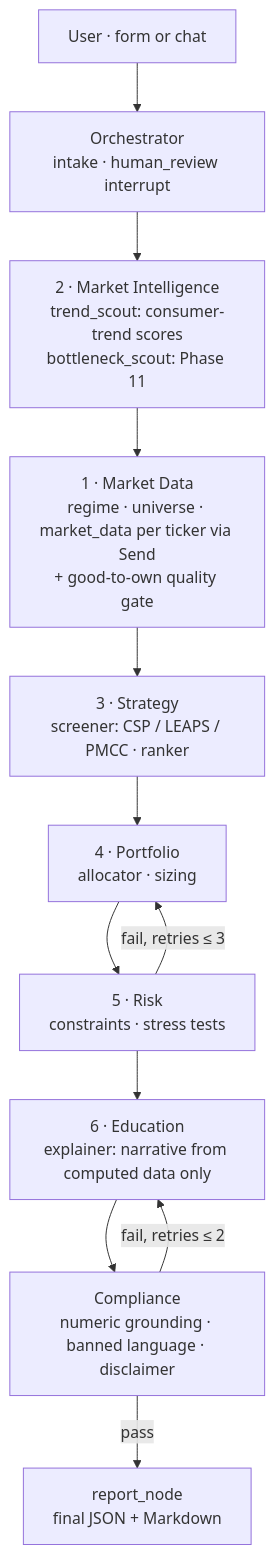
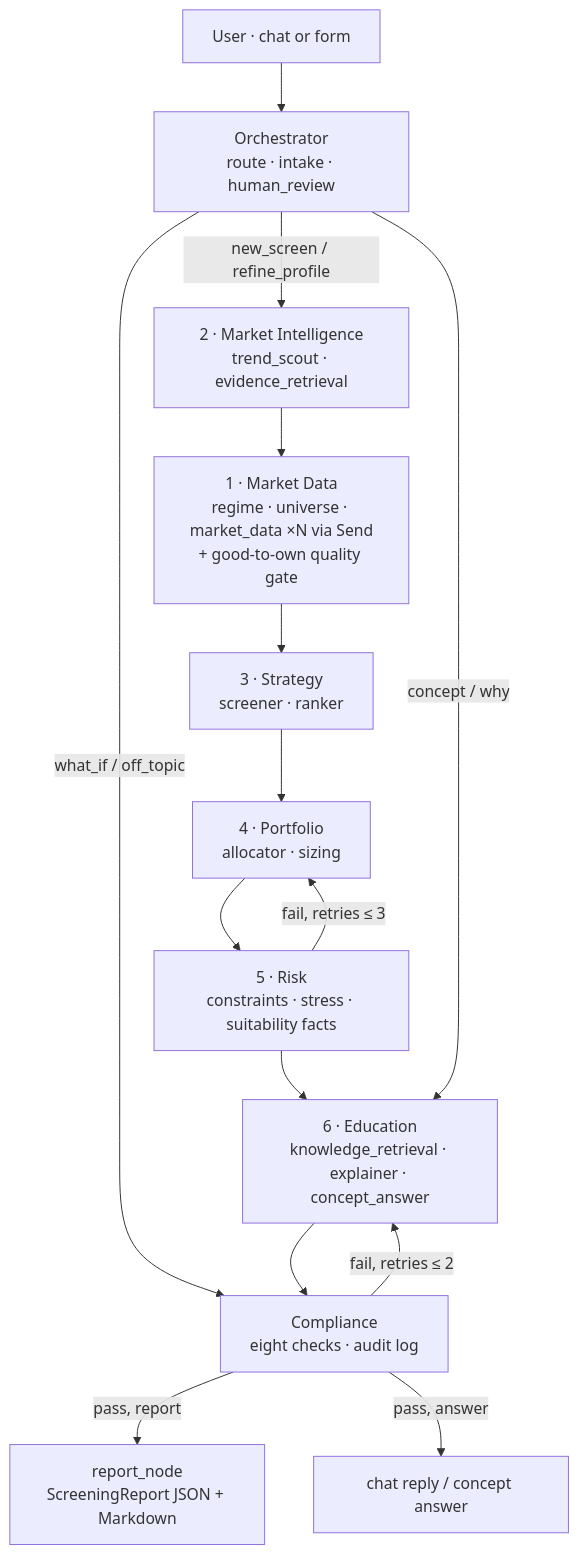
The diagram in README.md (SachiK0thari/options-scout-ai), drawn with Mermaid before and after one commit. The commit also changed other lines of this file and 18 other files, not shown here.

````diff
--- a/README.md
+++ b/README.md
@@ -74,14 +79,17 @@
 ```mermaid
 flowchart TD
-    U[User · form or chat] --> O[Orchestrator<br/>intake · human_review interrupt]
-    O --> MI[2 · Market Intelligence<br/>trend_scout: consumer-trend scores<br/>bottleneck_scout: Phase 11]
-    MI --> MD[1 · Market Data<br/>regime · universe · market_data per ticker via Send<br/>+ good-to-own quality gate]
-    MD --> ST[3 · Strategy<br/>screener: CSP / LEAPS / PMCC · ranker]
+    U[User · chat or form] --> O[Orchestrator<br/>route · intake · human_review]
+    O -->|new_screen / refine_profile| MI[2 · Market Intelligence<br/>trend_scout · evidence_retrieval]
+    MI --> MD[1 · Market Data<br/>regime · universe · market_data ×N via Send<br/>+ good-to-own quality gate]
+    MD --> ST[3 · Strategy<br/>screener · ranker]
     ST --> PF[4 · Portfolio<br/>allocator · sizing]
-    PF --> RK[5 · Risk<br/>constraints · stress tests]
+    PF --> RK[5 · Risk<br/>constraints · stress · suitability facts]
     RK -->|fail, retries ≤ 3| PF
-    RK --> ED[6 · Education<br/>explainer: narrative from computed data only]
-    ED --> CP[Compliance<br/>numeric grounding · banned language · disclaimer]
+    RK --> ED[6 · Education<br/>knowledge_retrieval · explainer · concept_answer]
+    O -->|concept / why| ED
+    O -->|what_if / off_topic| CP
+    ED --> CP[Compliance<br/>eight checks · audit log]
     CP -->|fail, retries ≤ 2| ED
-    CP -->|pass| R[report_node<br/>final JSON + Markdown]
+    CP -->|pass, report| R[report_node<br/>ScreeningReport JSON + Markdown]
+    CP -->|pass, answer| A[chat reply / concept answer]
 ```
````
